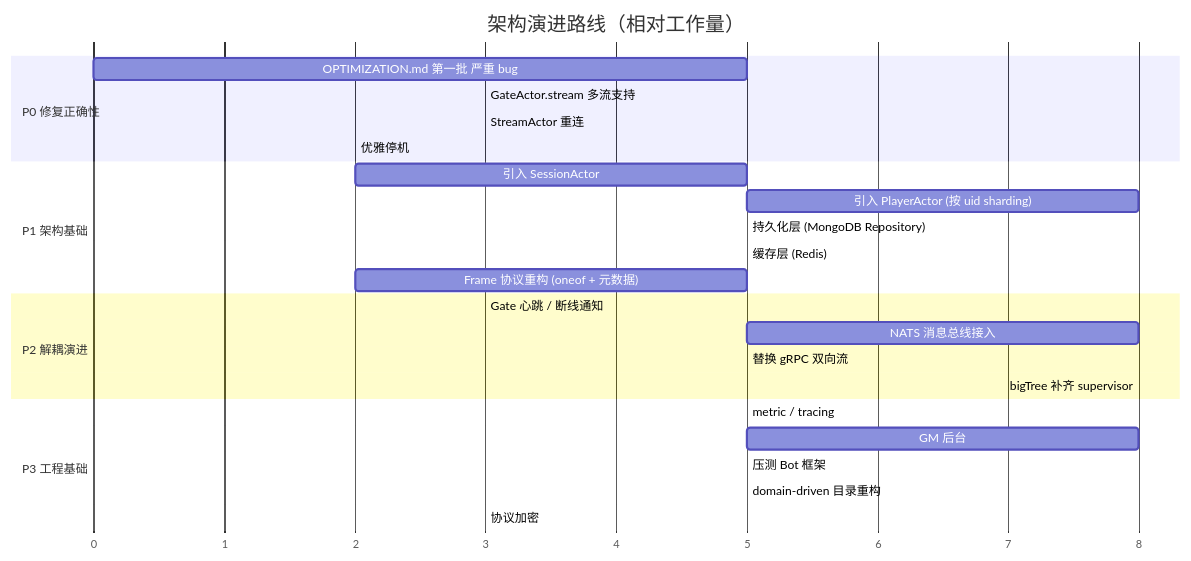
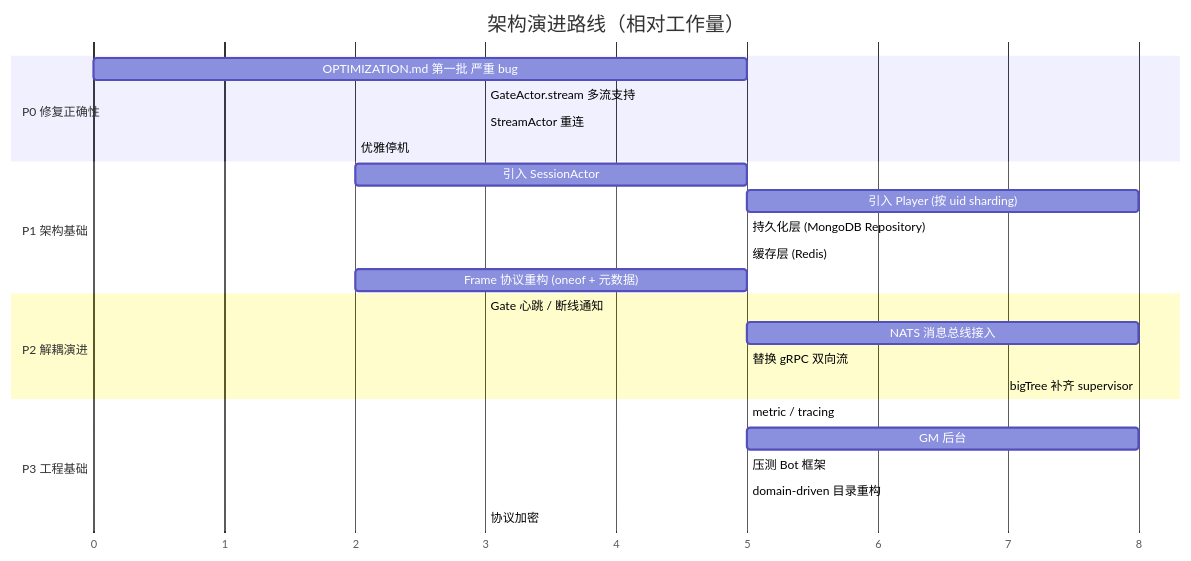
The fifth of 5 diagrams in docs/ARCHITECTURE_REVIEW.md (gogu-x/gogs), drawn with Mermaid before and after one commit. The commit also changed other lines of this file and 46 other files, not shown here.

````diff
--- a/docs/ARCHITECTURE_REVIEW.md
+++ b/docs/ARCHITECTURE_REVIEW.md
@@ -393,32 +393,32 @@
 ```mermaid
 gantt
     title 架构演进路线（相对工作量）
     dateFormat  X
     axisFormat %s
 
     section P0 修复正确性
     OPTIMIZATION.md 第一批 严重 bug      :p0-1, 0, 5
     GateActor.stream 多流支持            :p0-2, after p0-1, 3
     StreamActor 重连                     :p0-3, after p0-2, 3
     优雅停机                             :p0-4, after p0-3, 2
 
     section P1 架构基础
     引入 SessionActor                    :p1-1, after p0-4, 5
-    引入 PlayerActor (按 uid sharding)   :p1-2, after p1-1, 8
+    引入 Player (按 uid sharding)   :p1-2, after p1-1, 8
     持久化层 (MongoDB Repository)        :p1-3, after p1-2, 5
     缓存层 (Redis)                       :p1-4, after p1-3, 5
     Frame 协议重构 (oneof + 元数据)      :p1-5, after p0-4, 5
 
     section P2 解耦演进
     Gate 心跳 / 断线通知                 :p2-1, after p1-1, 3
     NATS 消息总线接入                    :p2-2, after p1-5, 8
     替换 gRPC 双向流                     :p2-3, after p2-2, 5
     bigTree 补齐 supervisor              :p2-4, after p1-2, 8
 
     section P3 工程基础
     metric / tracing                     :p3-1, after p1-2, 5
     GM 后台                              :p3-2, after p1-3, 8
     压测 Bot 框架                        :p3-3, after p3-1, 5
     domain-driven 目录重构               :p3-4, after p2-2, 5
     协议加密                             :p3-5, after p2-3, 3
 ```
````
